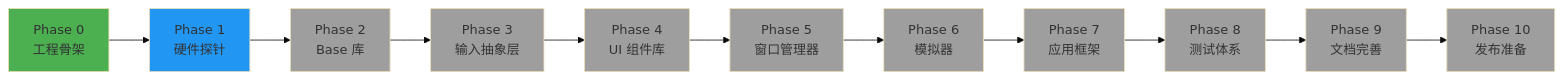
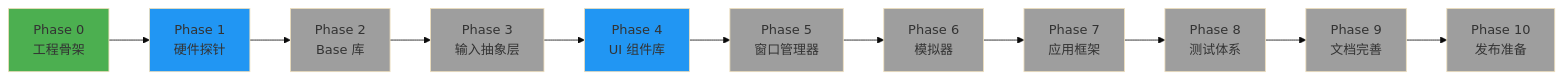
Before and after one commit to marklove5102/CFDesktop: the diagram in README.md, drawn with Mermaid (base theme). The commit also changed other lines of this file, not shown here.

````diff
--- a/README.md
+++ b/README.md
@@ -254,25 +313,25 @@
 ```mermaid
 graph LR
     A[Phase 0<br/>工程骨架] --> B[Phase 1<br/>硬件探针]
     B --> C[Phase 2<br/>Base 库]
     C --> D[Phase 3<br/>输入抽象层]
     D --> E[Phase 4<br/>UI 组件库]
     E --> F[Phase 5<br/>窗口管理器]
     F --> G[Phase 6<br/>模拟器]
     G --> H[Phase 7<br/>应用框架]
     H --> I[Phase 8<br/>测试体系]
     I --> J[Phase 9<br/>文档完善]
     J --> K[Phase 10<br/>发布准备]
 
     style A fill:#4CAF50
     style B fill:#2196F3
     style C fill:#9E9E9E
     style D fill:#9E9E9E
-    style E fill:#9E9E9E
+    style E fill:#2196F3
     style F fill:#9E9E9E
     style G fill:#9E9E9E
     style H fill:#9E9E9E
     style I fill:#9E9E9E
     style J fill:#9E9E9E
     style K fill:#9E9E9E
 ```
````
